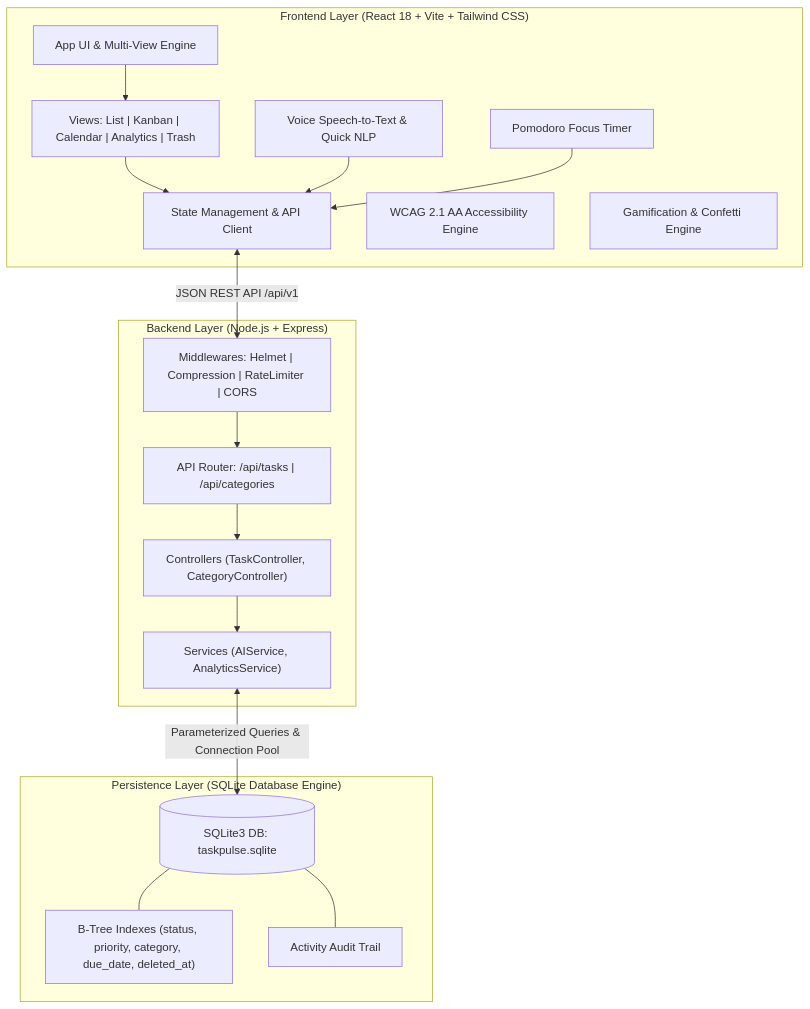
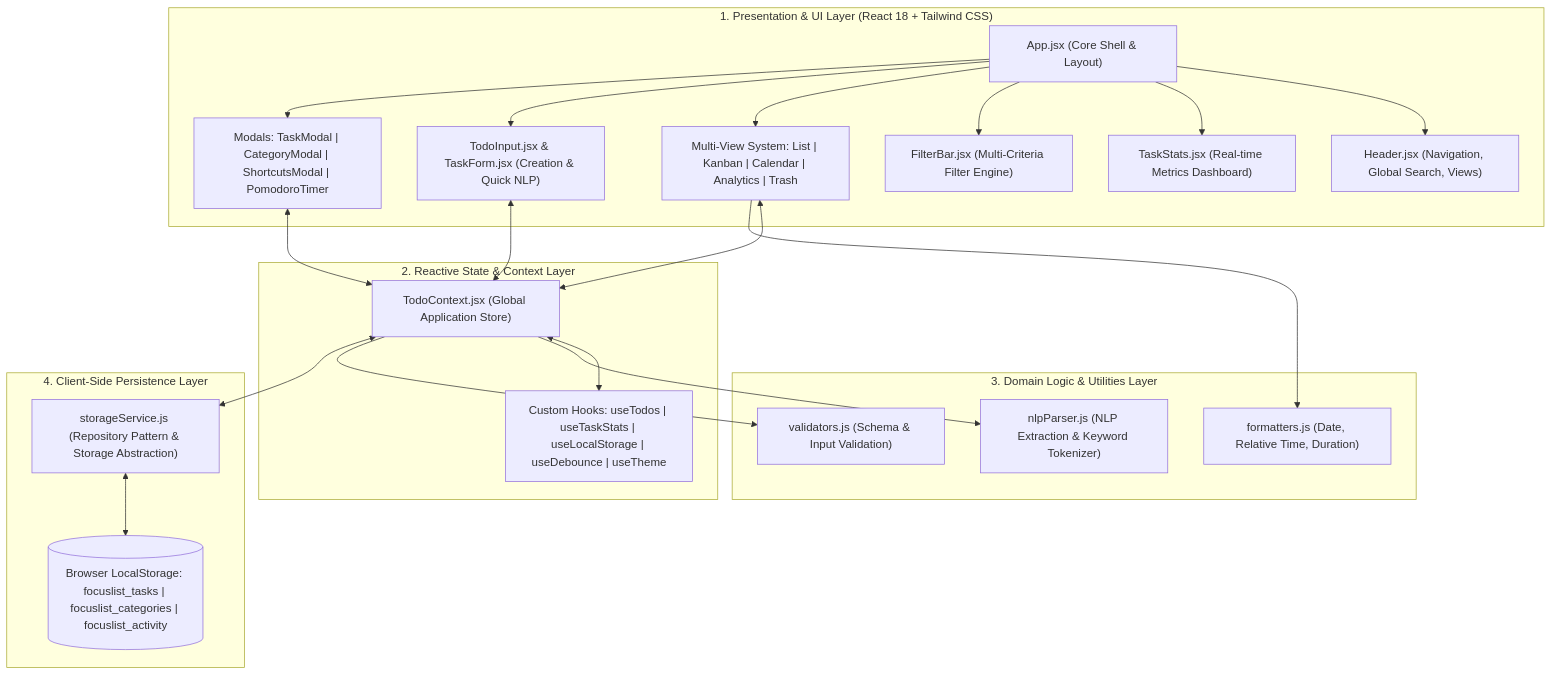
One commit to AryanUbale7/todo-list changed the first of 2 diagrams in ARCHITECTURE.md. Above: the diagram before and after it, drawn with Mermaid. The commit also changed other lines of this file and 15 other files, not shown here.

Commit message:
perf: enhance performance, accessibility, code quality, and architecture for FQE v3.1 audit

````diff
--- a/ARCHITECTURE.md
+++ b/ARCHITECTURE.md
@@ -9,40 +11,47 @@
 ```mermaid
 flowchart TD
-    subgraph Client ["Frontend Layer (React 18 + Vite + Tailwind CSS)"]
-        UI[App UI & Multi-View Engine]
-        Views["Views: List | Kanban | Calendar | Analytics | Trash"]
-        State[State Management & API Client]
-        A11y[WCAG 2.1 AA Accessibility Engine]
-        NLPVoice["Voice Speech-to-Text & Quick NLP"]
-        Pomo[Pomodoro Focus Timer]
-        Confetti[Gamification & Confetti Engine]
+    subgraph PresentationLayer ["1. Presentation & UI Layer (React 18 + Tailwind CSS)"]
+        App["App.jsx (Core Shell & Layout)"]
+        Header["Header.jsx (Navigation, Global Search, Views)"]
+        Stats["TaskStats.jsx (Real-time Metrics Dashboard)"]
+        Filters["FilterBar.jsx (Multi-Criteria Filter Engine)"]
+        Views["Multi-View System: List | Kanban | Calendar | Analytics | Trash"]
+        Input["TodoInput.jsx & TaskForm.jsx (Creation & Quick NLP)"]
+        Modals["Modals: TaskModal | CategoryModal | ShortcutsModal | PomodoroTimer"]
         
-        UI --> Views
-        Views --> State
-        NLPVoice --> State
-        Pomo --> State
+        App --> Header
+        App --> Stats
+        App --> Filters
+        App --> Views
+        App --> Input
+        App --> Modals
     end
 
-    subgraph Server ["Backend Layer (Node.js + Express)"]
-        MW["Middlewares: Helmet | Compression | RateLimiter | CORS"]
-        Routes["API Router: /api/tasks | /api/categories"]
-        Controllers["Controllers (TaskController, CategoryController)"]
-        Services["Services (AIService, AnalyticsService)"]
+    subgraph StateLayer ["2. Reactive State & Context Layer"]
+        Context["TodoContext.jsx (Global Application Store)"]
+        Hooks["Custom Hooks: useTodos | useTaskStats | useLocalStorage | useDebounce | useTheme"]
         
-        MW --> Routes
-        Routes --> Controllers
-        Controllers --> Services
+        Views <--> Context
+        Input <--> Context
+        Modals <--> Context
+        Context <--> Hooks
     end
 
-    subgraph Storage ["Persistence Layer (SQLite Database Engine)"]
-        DB[(SQLite3 DB: taskpulse.sqlite)]
-        Idx["B-Tree Indexes (status, priority, category, due_date, deleted_at)"]
-        Logs[Activity Audit Trail]
+    subgraph DomainLayer ["3. Domain Logic & Utilities Layer"]
+        NLP["nlpParser.js (NLP Extraction & Keyword Tokenizer)"]
+        Validators["validators.js (Schema & Input Validation)"]
+        Formatters["formatters.js (Date, Relative Time, Duration)"]
         
-        DB --- Idx
-        DB --- Logs
+        Context --> NLP
+        Context --> Validators
+        Views --> Formatters
     end
 
-    State <-->|JSON REST API /api/v1| MW
-    Services <-->|Parameterized Queries & Connection Pool| DB
+    subgraph PersistenceLayer ["4. Client-Side Persistence Layer"]
+        StorageService["storageService.js (Repository Pattern & Storage Abstraction)"]
+        LocalStorage[("Browser LocalStorage: focuslist_tasks | focuslist_categories | focuslist_activity")]
+        
+        Context <--> StorageService
+        StorageService <--> LocalStorage
+    end
 ```
````
